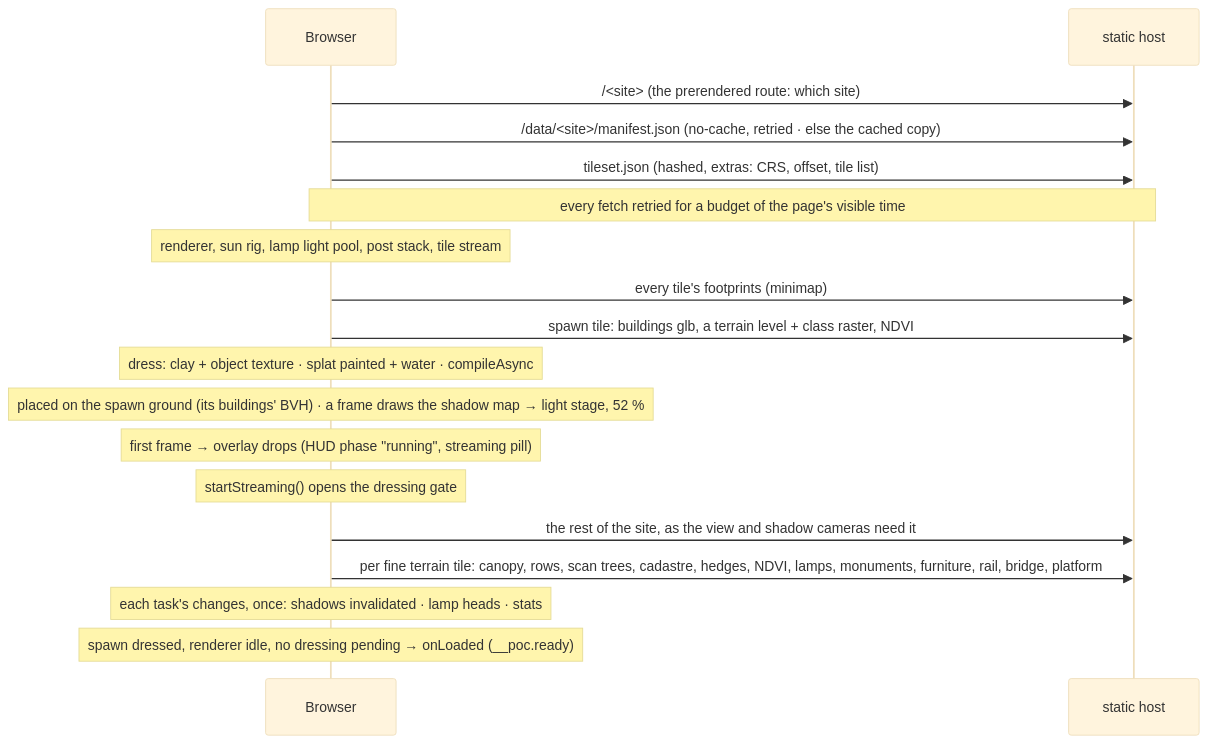
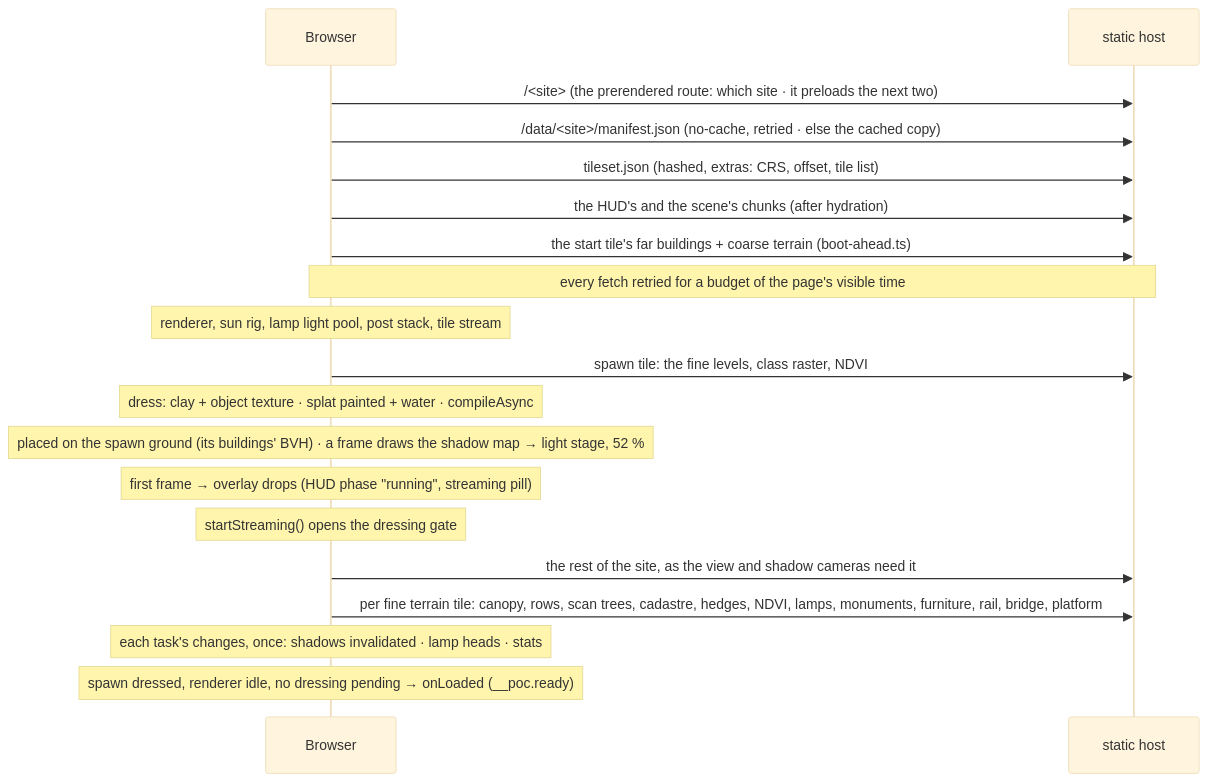
Before and after one commit to mdugue/bridge: the second of 2 diagrams in docs/rendering.md, drawn with Mermaid (base theme). The commit also changed other lines of this file and 37 other files, not shown here.

First line of the commit message:
perf: the boot asks ahead, packed minimap footprints, tooltips in the viewer only

````diff
--- a/docs/rendering.md
+++ b/docs/rendering.md
@@ -1520,20 +1520,21 @@
 ```mermaid
 sequenceDiagram
   participant B as Browser
   participant S as static host
-  B->>S: /<site> (the prerendered route: which site)
+  B->>S: /<site> (the prerendered route: which site · it preloads the next two)
   B->>S: /data/<site>/manifest.json (no-cache, retried · else the cached copy)
   B->>S: tileset.json (hashed, extras: CRS, offset, tile list)
+  B->>S: the HUD's and the scene's chunks (after hydration)
+  B->>S: the start tile's far buildings + coarse terrain (boot-ahead.ts)
   Note over B,S: every fetch retried for a budget of the page's visible time
   Note over B: renderer, sun rig, lamp light pool, post stack, tile stream
-  B->>S: every tile's footprints (minimap)
-  B->>S: spawn tile: buildings glb, a terrain level + class raster, NDVI
+  B->>S: spawn tile: the fine levels, class raster, NDVI
   Note over B: dress: clay + object texture · splat painted + water · compileAsync
   Note over B: placed on the spawn ground (its buildings' BVH) · a frame draws the shadow map → light stage, 52 %
   Note over B: first frame → overlay drops (HUD phase "running", streaming pill)
   Note over B: startStreaming() opens the dressing gate
   B->>S: the rest of the site, as the view and shadow cameras need it
   B->>S: per fine terrain tile: canopy, rows, scan trees, cadastre, hedges, NDVI, lamps, monuments, furniture, rail, bridge, platform
   Note over B: each task's changes, once: shadows invalidated · lamp heads · stats
   Note over B: spawn dressed, renderer idle, no dressing pending → onLoaded (__poc.ready)
 ```
````
